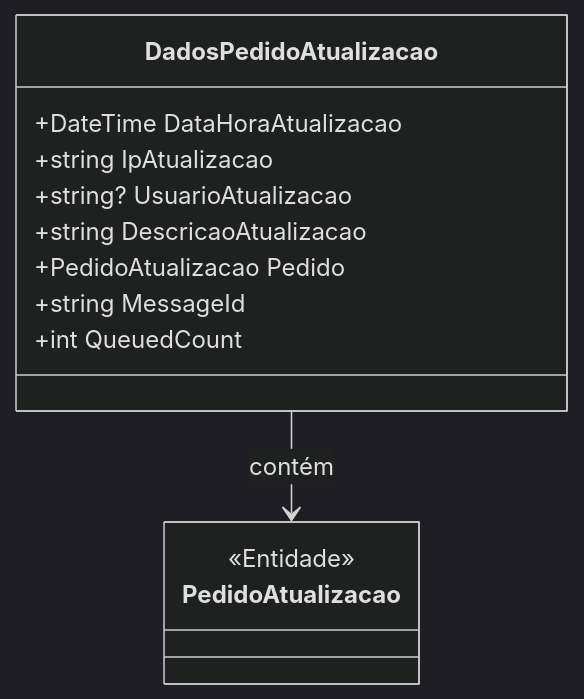
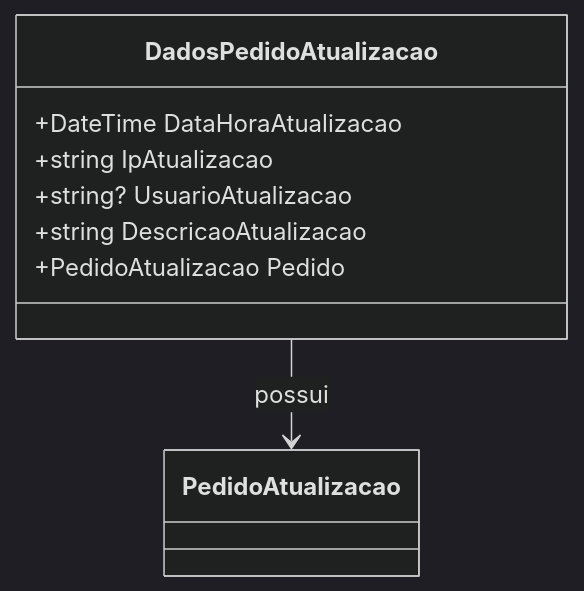
The diagram in docs/b2b-dominio/IsthmusWinthor.Nucleo/IsthmusWinthor.Dominio/POCO/Pedidos/DadosPedidoAtualizacao.md (IsthmusSistemas/documentacao-tecnica), drawn with Mermaid (dark theme) before and after one commit. The commit also changed other lines of this file and 882 other files, not shown here.

````diff
--- a/docs/b2b-dominio/IsthmusWinthor.Nucleo/IsthmusWinthor.Dominio/POCO/Pedidos/DadosPedidoAtualizacao.md
+++ b/docs/b2b-dominio/IsthmusWinthor.Nucleo/IsthmusWinthor.Dominio/POCO/Pedidos/DadosPedidoAtualizacao.md
@@ -39,18 +36,15 @@
 ```mermaid
 classDiagram
     class DadosPedidoAtualizacao {
         +DateTime DataHoraAtualizacao
         +string IpAtualizacao
         +string? UsuarioAtualizacao
         +string DescricaoAtualizacao
         +PedidoAtualizacao Pedido
-        +string MessageId
-        +int QueuedCount
     }
-    
+
     class PedidoAtualizacao {
-        <<Entidade>>
     }
-    
-    DadosPedidoAtualizacao --> PedidoAtualizacao : contém
-``` 
+
+    DadosPedidoAtualizacao --> PedidoAtualizacao : possui
+```
````
